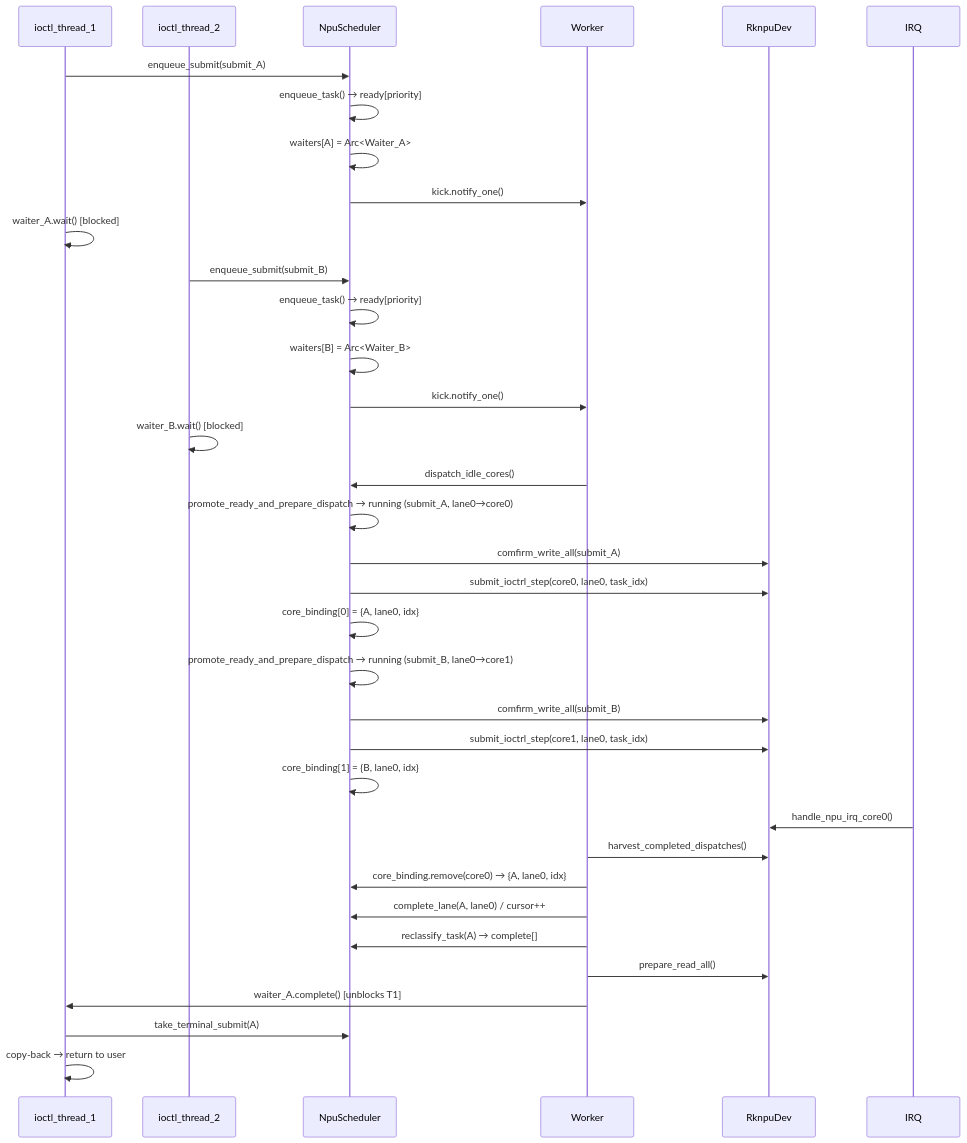
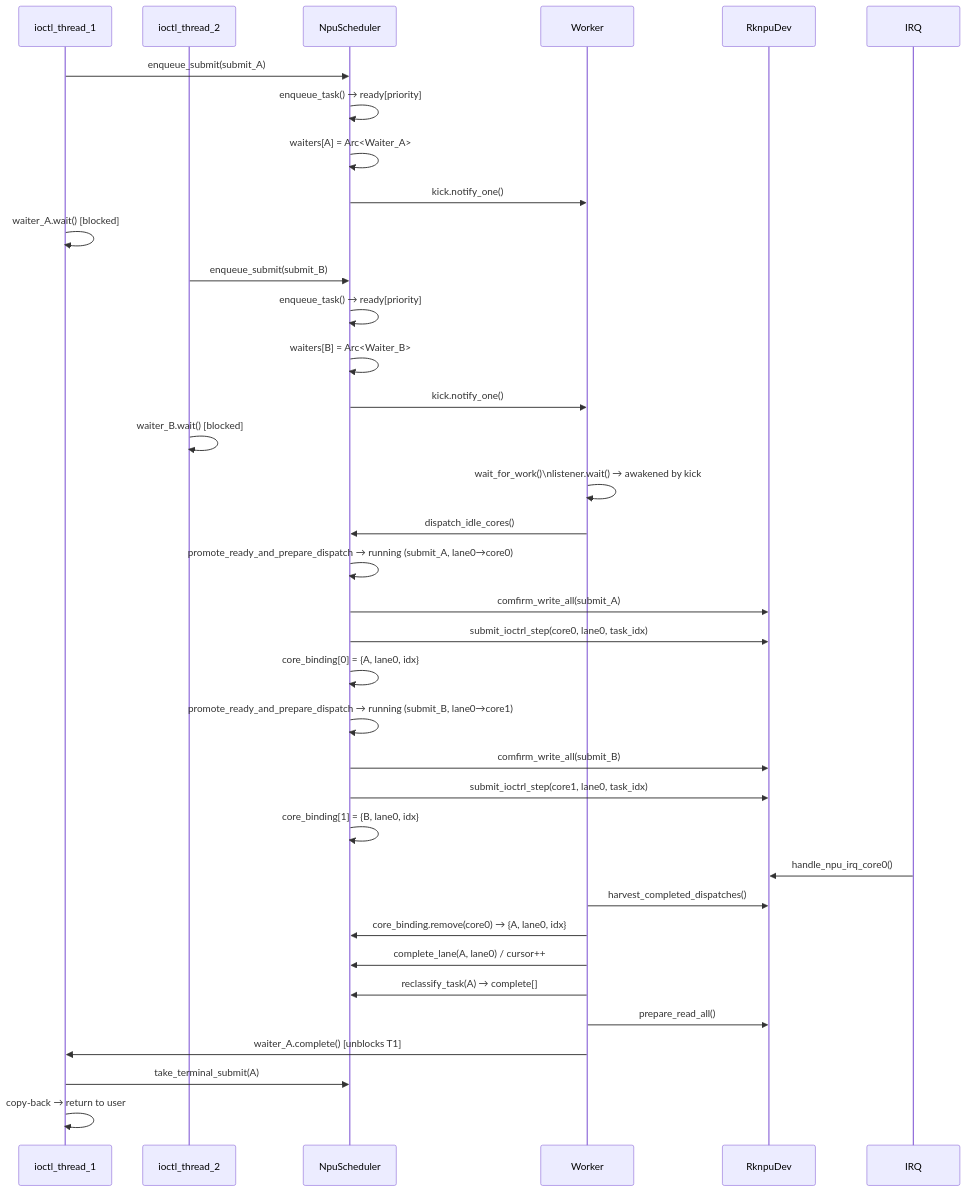
Before and after one commit to qc-gpu-driver/starryos-pulsar: the first of 2 diagrams in docs/src/develop_log/RKNPU技术报告.md, drawn with Mermaid. The commit also changed other lines of this file, not shown here.

First line of the commit message:
docs: fix Figure 1 worker wake-up and Section 3.2 commit version

````diff
--- a/docs/src/develop_log/RKNPU技术报告.md
+++ b/docs/src/develop_log/RKNPU技术报告.md
@@ -259,43 +259,44 @@
 ```mermaid
 sequenceDiagram
     participant T1 as ioctl_thread_1
     participant T2 as ioctl_thread_2
     participant S as NpuScheduler
     participant W as Worker
     participant D as RknpuDev
     participant I as IRQ
 
     T1->>S: enqueue_submit(submit_A)
     S->>S: enqueue_task() → ready[priority]
     S->>S: waiters[A] = Arc<Waiter_A>
     S->>W: kick.notify_one()
     T1->>T1: waiter_A.wait() [blocked]
 
     T2->>S: enqueue_submit(submit_B)
     S->>S: enqueue_task() → ready[priority]
     S->>S: waiters[B] = Arc<Waiter_B>
     S->>W: kick.notify_one()
     T2->>T2: waiter_B.wait() [blocked]
 
+    W->>W: wait_for_work()\nlistener.wait() → awakened by kick
     W->>S: dispatch_idle_cores()
     S->>S: promote_ready_and_prepare_dispatch → running (submit_A, lane0→core0)
     S->>D: comfirm_write_all(submit_A)
     S->>D: submit_ioctrl_step(core0, lane0, task_idx)
     S->>S: core_binding[0] = {A, lane0, idx}
 
     S->>S: promote_ready_and_prepare_dispatch → running (submit_B, lane0→core1)
     S->>D: comfirm_write_all(submit_B)
     S->>D: submit_ioctrl_step(core1, lane0, task_idx)
     S->>S: core_binding[1] = {B, lane0, idx}
 
     I->>D: handle_npu_irq_core0()
     W->>D: harvest_completed_dispatches()
     W->>S: core_binding.remove(core0) → {A, lane0, idx}
     W->>S: complete_lane(A, lane0) / cursor++
     W->>S: reclassify_task(A) → complete[]
     W->>D: prepare_read_all()
     W->>T1: waiter_A.complete() [unblocks T1]
 
     T1->>S: take_terminal_submit(A)
     T1->>T1: copy-back → return to user
 ```
````
